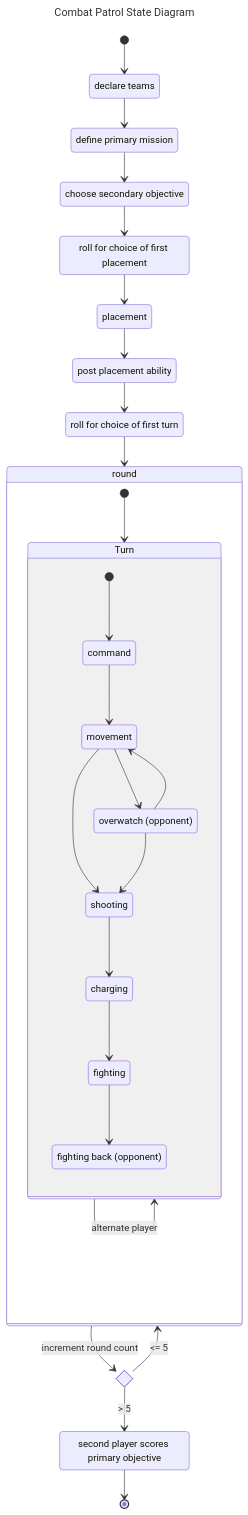
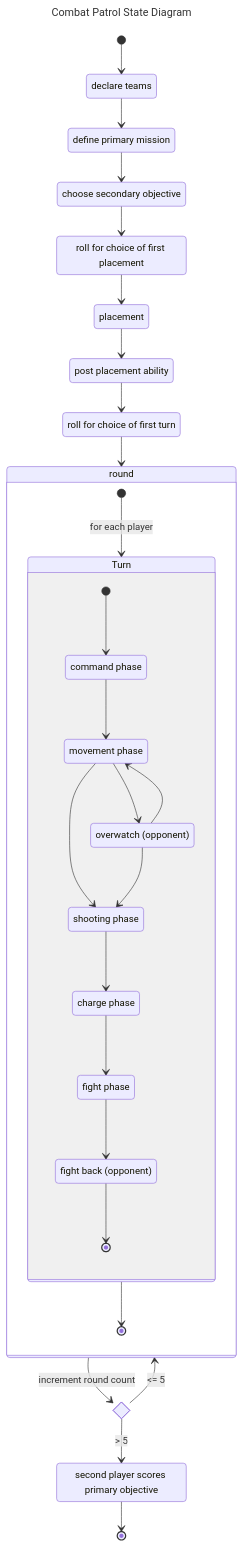
The diagram in model/diagrams/combat_patrol_state_diagram.md (ericdrejza/omnissiah-tacticus-engine), drawn with Mermaid before and after one commit.

Commit message:
Add missing start and end states in composites.

````diff
--- a/model/diagrams/combat_patrol_state_diagram.md
+++ b/model/diagrams/combat_patrol_state_diagram.md
@@ -1,62 +1,63 @@
 ```mermaid
 ---
 title: Combat Patrol State Diagram
 ---
 
 stateDiagram-v2
 %% start
 1a: declare teams
 1b: define primary mission
 1c: choose secondary objective
 [*] --> 1a
 1a --> 1b
 1b --> 1c
 
 %% Deployment
 2a: roll for choice of first placement
 2b: placement
 1c --> 2a
 2a --> 2b
 
 %% Post Deployment
 3a: post placement ability
 3b: roll for choice of first turn
 2b --> 3a
 3a --> 3b
 
 %% Rounds
 3b --> round
 state round {
     %% Turns
-    [*] --> turn
+    [*] --> turn : for each player
     turn: Turn
     state turn {
         [*] --> 4a
         4a --> 4b
         4b --> 4c
         4c --> 4b
         4b --> 4d
         4c --> 4d
         4d --> 4e
         4e --> 4f
         4f --> 4g
-        4a: command
-        4b: movement
+        4a: command phase
+        4b: movement phase
         4c: overwatch (opponent)
-        4d: shooting
-        4e: charging
-        4f: fighting
-        4g: fighting back (opponent)
+        4d: shooting phase
+        4e: charge phase
+        4f: fight phase
+        4g: fight back (opponent)
+        4g --> [*]
     }
-    turn --> turn : alternate player
+    turn --> [*]
 }
 
 state if_state <<choice>>
 round --> if_state : increment round count
 if_state --> round : <= 5
 
 %% Endgame
 5a: second player scores primary objective
 if_state --> 5a : > 5
 5a --> [*]
 ```
````
